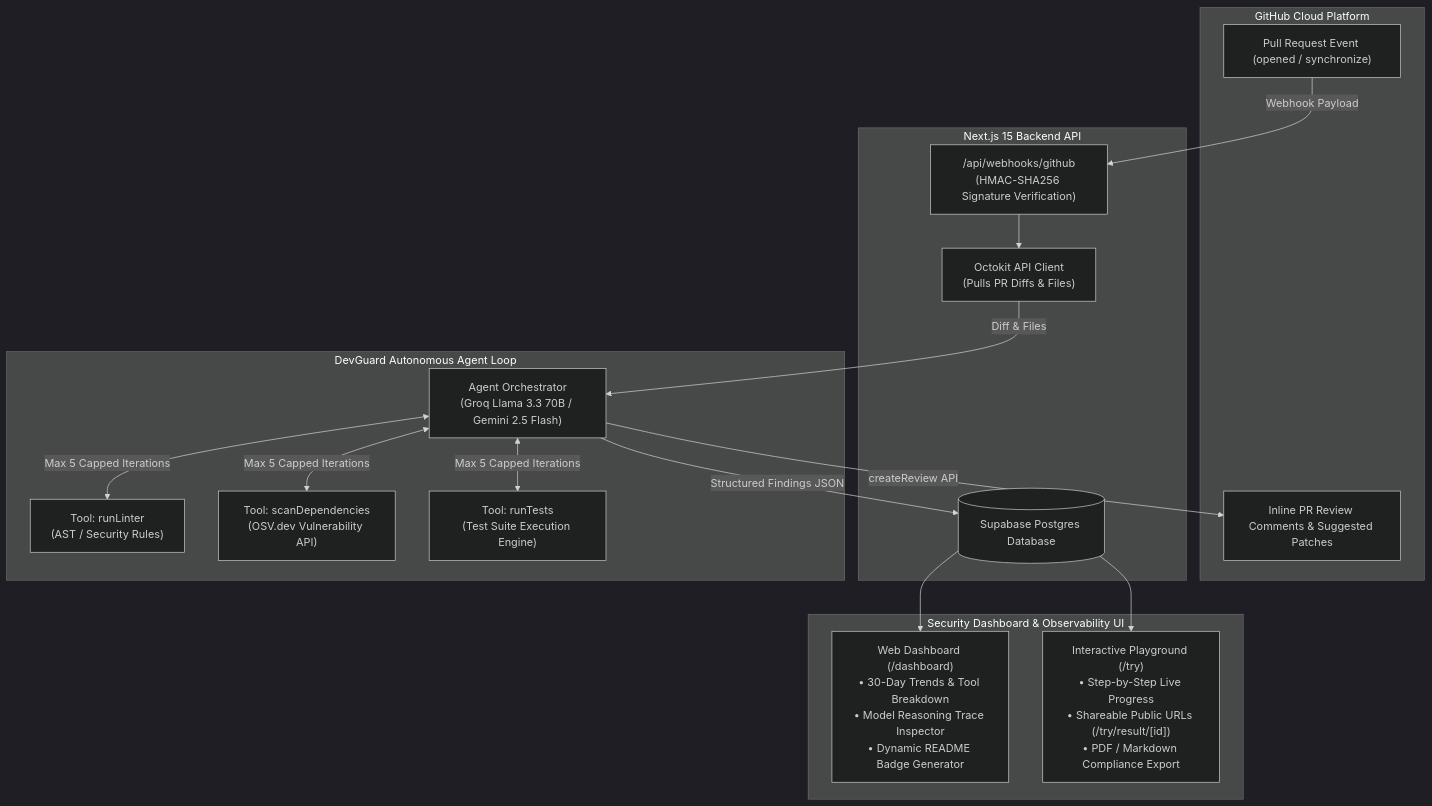
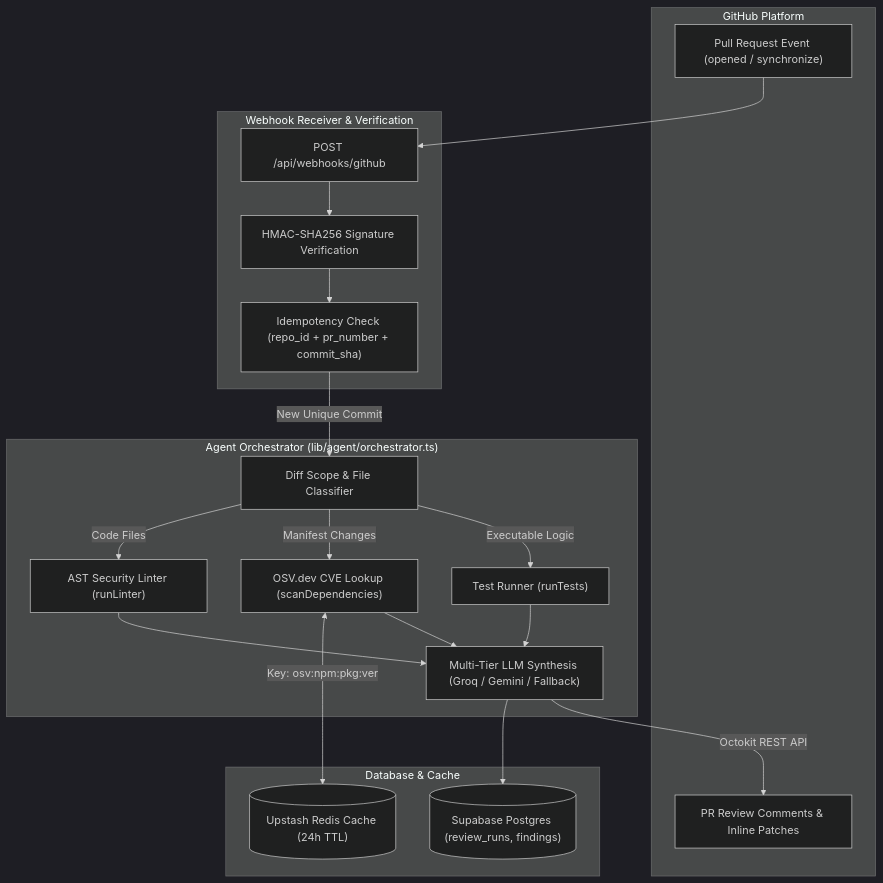
Before and after one commit to rajendrabist07/dev-guard-ai: the first of 2 diagrams in README.md, drawn with Mermaid (dark theme). The commit also changed other lines of this file and 1 other file, not shown here.

````diff
--- a/README.md
+++ b/README.md
@@ -49,36 +11,40 @@
 ```mermaid
 flowchart TD
-    subgraph GitHub ["GitHub Cloud Platform"]
+    subgraph GitHub ["GitHub Platform"]
         PR["Pull Request Event (opened / synchronize)"]
-        Review["Inline PR Review Comments & Suggested Patches"]
+        Review["PR Review Comments & Inline Patches"]
     end
 
-    subgraph Backend ["Next.js 15 Backend API"]
-        WH["/api/webhooks/github<br/>(HMAC-SHA256 Signature Verification)"]
-        Octokit["Octokit API Client<br/>(Pulls PR Diffs & Files)"]
-        DB[(Supabase Postgres Database)]
+    subgraph Ingestion ["Webhook Receiver & Verification"]
+        WH["POST /api/webhooks/github"]
+        Auth["HMAC-SHA256 Signature Verification"]
+        Dedupe["Idempotency Check (repo_id + pr_number + commit_sha)"]
     end
 
-    subgraph Agent ["DevGuard Autonomous Agent Loop"]
-        Orchestrator["Agent Orchestrator<br/>(Groq Llama 3.3 70B / Gemini 2.5 Flash)"]
-        ToolLinter["Tool: runLinter<br/>(AST / Security Rules)"]
-        ToolDeps["Tool: scanDependencies<br/>(OSV.dev Vulnerability API)"]
-        ToolTests["Tool: runTests<br/>(Test Suite Execution Engine)"]
+    subgraph Orchestration ["Agent Orchestrator (lib/agent/orchestrator.ts)"]
+        DiffFilter["Diff Scope & File Classifier"]
+        Linter["AST Security Linter (runLinter)"]
+        Deps["OSV.dev CVE Lookup (scanDependencies)"]
+        Tests["Test Runner (runTests)"]
+        Synthesis["Multi-Tier LLM Synthesis (Groq / Gemini / Fallback)"]
     end
 
-    subgraph Observability ["Security Dashboard & Observability UI"]
-        UI["Web Dashboard (/dashboard)<br/>• 30-Day Trends & Tool Breakdown<br/>• Model Reasoning Trace Inspector<br/>• Dynamic README Badge Generator"]
-        Playground["Interactive Playground (/try)<br/>• Step-by-Step Live Progress<br/>• Shareable Public URLs (/try/result/[id])<br/>• PDF / Markdown Compliance Export"]
+    subgraph Storage ["Database & Cache"]
+        Redis[("Upstash Redis Cache (24h TTL)")]
+        DB[("Supabase Postgres (review_runs, findings)")]
     end
 
-    PR -->|Webhook Payload| WH
-    WH --> Octokit
-    Octokit -->|Diff & Files| Orchestrator
-    Orchestrator <-->|Max 5 Capped Iterations| ToolLinter
-    Orchestrator <-->|Max 5 Capped Iterations| ToolDeps
-    Orchestrator <-->|Max 5 Capped Iterations| ToolTests
-    Orchestrator -->|Structured Findings JSON| DB
-    Orchestrator -->|createReview API| Review
-    DB --> UI
-    DB --> Playground
+    PR --> WH
+    WH --> Auth
+    Auth --> Dedupe
+    Dedupe -->|New Unique Commit| DiffFilter
+    DiffFilter -->|Code Files| Linter
+    DiffFilter -->|Manifest Changes| Deps
+    DiffFilter -->|Executable Logic| Tests
+    Deps <-->|Key: osv:npm:pkg:ver| Redis
+    Linter --> Synthesis
+    Deps --> Synthesis
+    Tests --> Synthesis
+    Synthesis --> DB
+    Synthesis -->|Octokit REST API| Review
 ```
````
